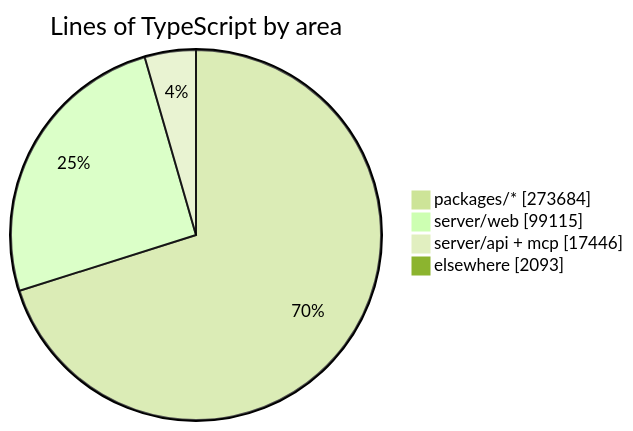
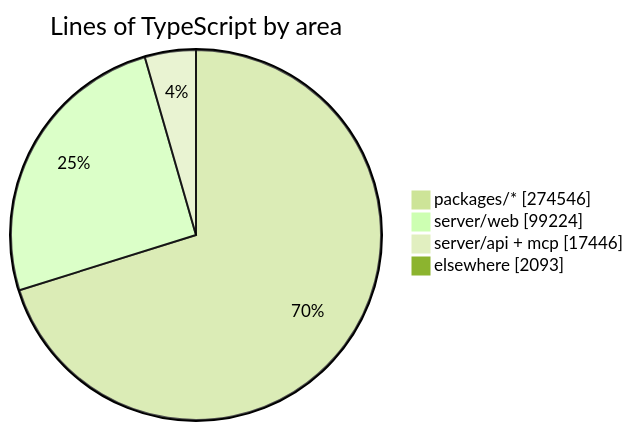
One commit to crossworks-engineering/mantle changed the diagram in README.md. Above: the diagram before and after it, drawn with Mermaid (forest theme). The commit also changed other lines of this file and 2 other files, not shown here.

````diff
--- a/README.md
+++ b/README.md
@@ -294,7 +294,7 @@
 ```mermaid
 pie showData title Lines of TypeScript by area
-    "packages/*" : 273684
-    "server/web" : 99115
+    "packages/*" : 274546
+    "server/web" : 99224
     "server/api + mcp" : 17446
     "elsewhere" : 2093
 ```
````
